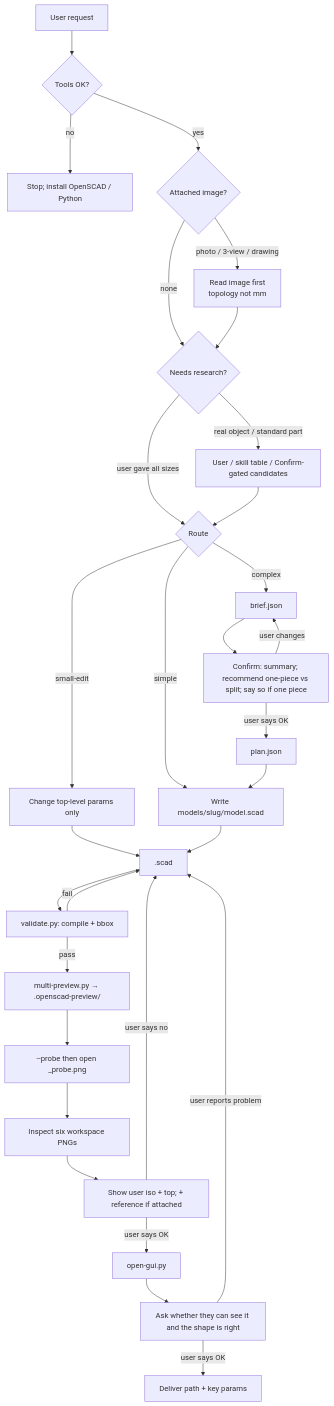
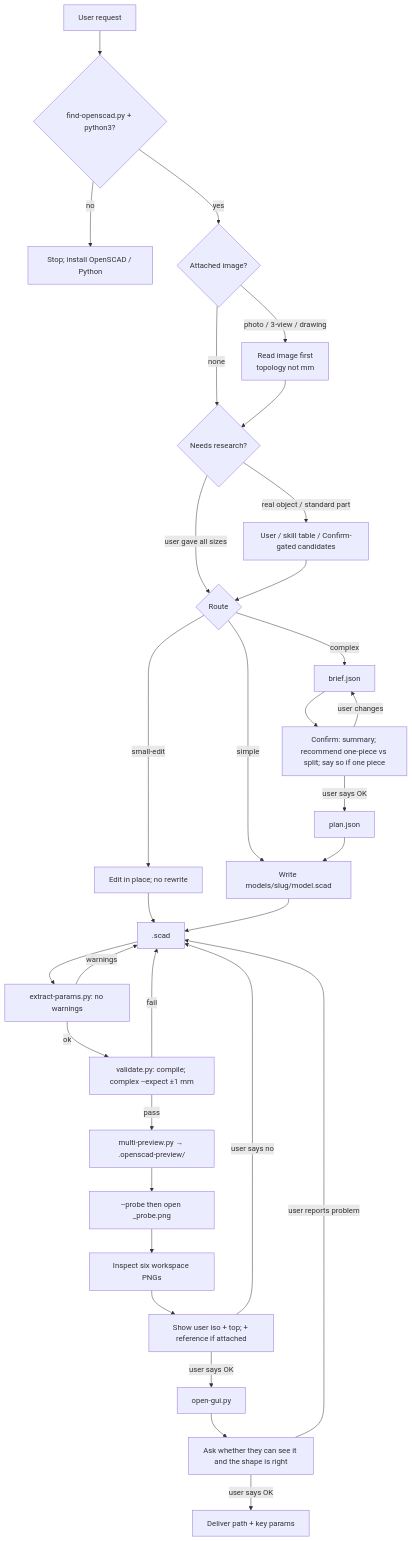
Before and after one commit to vary3d/skills: the diagram in docs/openscad-customizer.md, drawn with Mermaid. The commit also changed other lines of this file and 3 other files, not shown here.

````diff
--- a/docs/openscad-customizer.md
+++ b/docs/openscad-customizer.md
@@ -45,35 +45,37 @@
 ```mermaid
 flowchart TD
-    A[User request] --> B{Tools OK?}
+    A[User request] --> B{find-openscad.py + python3?}
     B -->|no| B1[Stop; install OpenSCAD / Python]
     B -->|yes| Img{Attached image?}
     Img -->|photo / 3-view / drawing| Img1[Read image first<br/>topology not mm]
     Img -->|none| R{Needs research?}
     Img1 --> R
     R -->|real object / standard part| R1[User / skill table / Confirm-gated candidates]
     R -->|user gave all sizes| C{Route}
     R1 --> C
 
-    C -->|small-edit| D1[Change top-level params only]
+    C -->|small-edit| D1[Edit in place; no rewrite]
     C -->|simple| D2[Write models/slug/model.scad]
     C -->|complex| F[brief.json]
     F --> F1[Confirm: summary; recommend one-piece vs split; say so if one piece]
     F1 -->|user says OK| F2[plan.json]
     F1 -->|user changes| F
     F2 --> D2
 
     D1 --> E[.scad]
     D2 --> E
 
-    E --> H[validate.py: compile + bbox]
+    E --> P[extract-params.py: no warnings]
+    P -->|warnings| E
+    P -->|ok| H[validate.py: compile; complex --expect ±1 mm]
     H -->|fail| E
     H -->|pass| K[multi-preview.py → .openscad-preview/]
     K --> K1[--probe then open _probe.png]
     K1 --> K2[Inspect six workspace PNGs]
     K2 --> K3[Show user iso + top; + reference if attached]
     K3 -->|user says no| E
     K3 -->|user says OK| N[open-gui.py]
     N --> N1[Ask whether they can see it and the shape is right]
     N1 -->|user says OK| O[Deliver path + key params]
     N1 -->|user reports problem| E
 ```
````
